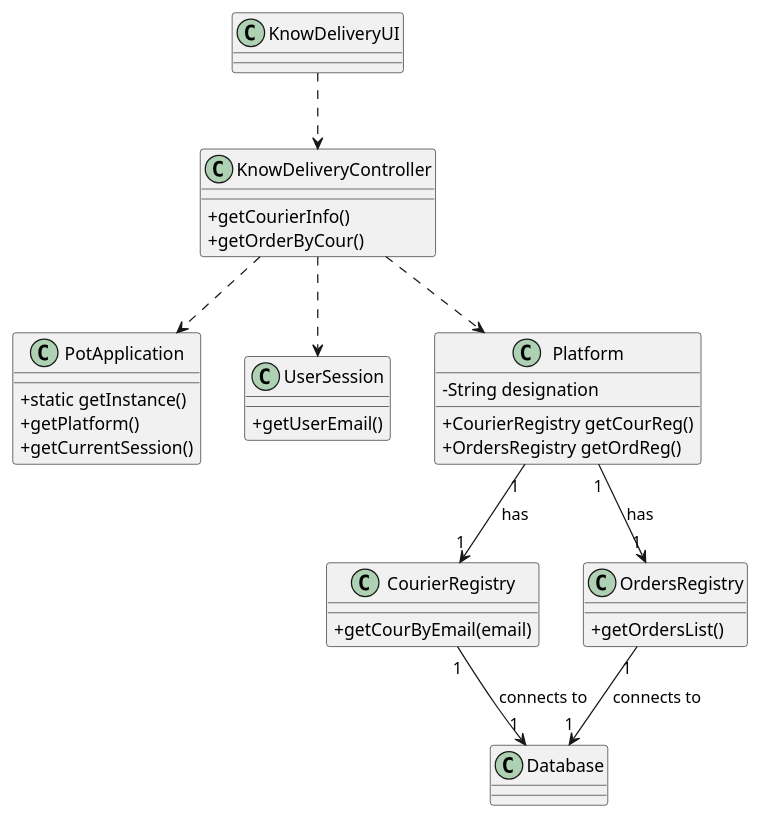
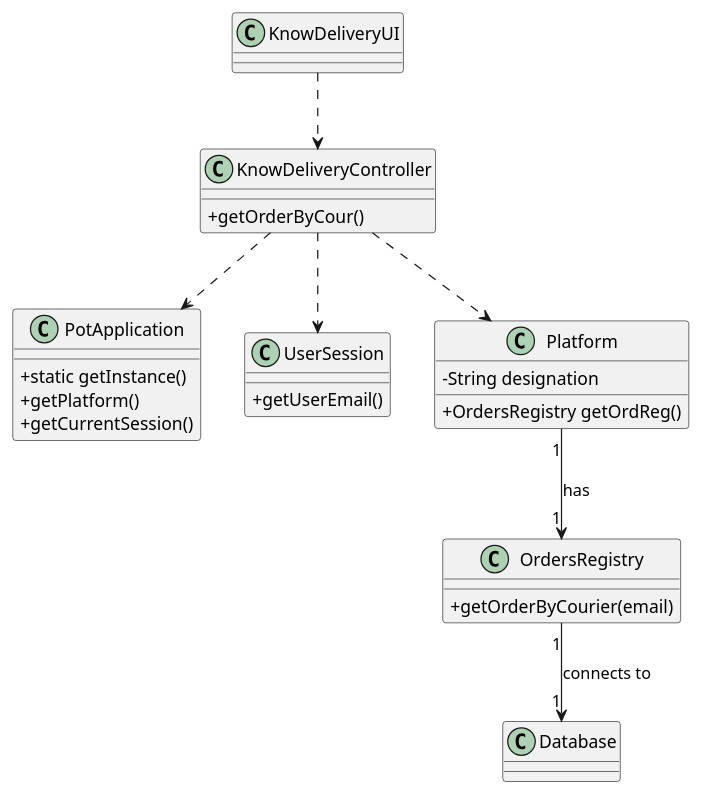
The diagram in docs/Iteration 1/Delivery Management/US48_KnowDelivery/US48_CD.puml (tiagoavcosta25/LAPR3), drawn with PlantUML before and after one commit. The commit also changed 6 other files, not shown here.

Commit message:
LAPR2AP2-61 #close SQL implementation getOrderByCourier [Implementation] LAPR2AP2-124 #fixing CD, DM, SD fixing [Design

```diff
--- a/docs/Iteration 1/Delivery Management/US48_KnowDelivery/US48_CD.puml
+++ b/docs/Iteration 1/Delivery Management/US48_KnowDelivery/US48_CD.puml
@@ -1,47 +1,40 @@
 @startuml
 skinparam classAttributeIconSize 0
 
 class PotApplication
 {
   +static getInstance()
   +getPlatform()
   +getCurrentSession()
 }
 
 class UserSession
 {
   +getUserEmail()
 }
 class KnowDeliveryUI{
 
 }
 
 class KnowDeliveryController{
-+getCourierInfo()
 +getOrderByCour()
 }
 
 class Platform {
   -String designation
-  +CourierRegistry getCourReg()
   +OrdersRegistry getOrdReg()
-}
-class CourierRegistry{
-+getCourByEmail(email)
 }
 
 class OrdersRegistry{
-+getOrdersList()
++getOrderByCourier(email)
 }
 
 
 KnowDeliveryUI ..> KnowDeliveryController
 KnowDeliveryController ..> Platform
 KnowDeliveryController ..> PotApplication
 KnowDeliveryController ..> UserSession
-Platform "1" --> "1" CourierRegistry : has
 Platform "1" --> "1" OrdersRegistry : has
-CourierRegistry "1" --> "1" Database : connects to
 OrdersRegistry "1" --> "1" Database : connects to
 
 @enduml
```
